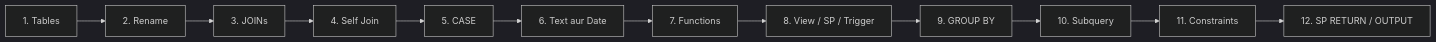
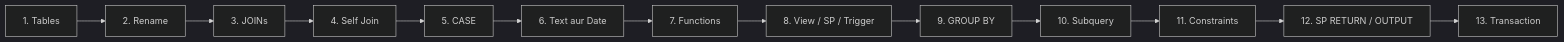
Before and after one commit to meakashmalik/sqlnotes: the diagram in README.md, drawn with Mermaid (dark theme). The commit also changed other lines of this file and 3 other files, not shown here.

````diff
--- a/README.md
+++ b/README.md
@@ -22,14 +24,15 @@
 ```mermaid
 flowchart LR
     A[1. Tables] --> B[2. Rename]
     B --> C[3. JOINs]
     C --> D[4. Self Join]
     D --> E[5. CASE]
     E --> F[6. Text aur Date]
     F --> G[7. Functions]
     G --> H[8. View / SP / Trigger]
     H --> I[9. GROUP BY]
     I --> J[10. Subquery]
     J --> K[11. Constraints]
     K --> L[12. SP RETURN / OUTPUT]
+    L --> M[13. Transaction]
 ```
````
